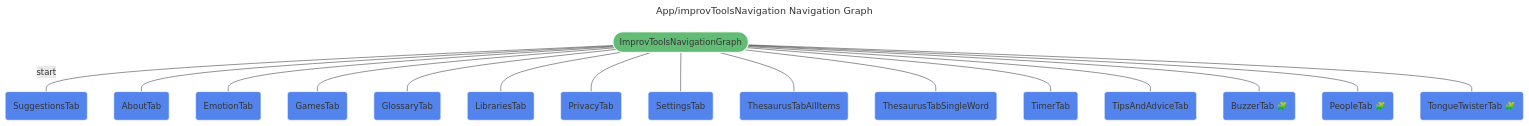
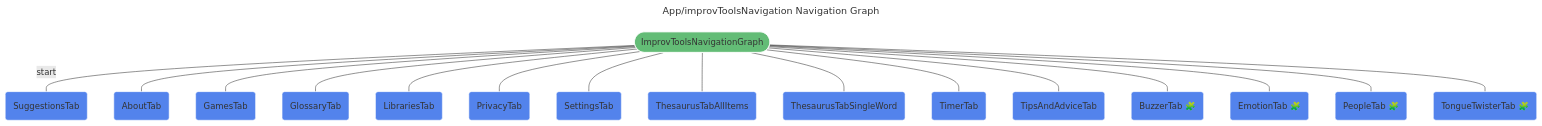
One commit to brokenkernel/improvtools changed the diagram in docs/static/ImprovToolsNavigationNavGraph.mmd. Above: the diagram before and after it, drawn with Mermaid. The commit also changed 8 other files, not shown here.

Commit message:
[build] move EmotionTab into encyclopaedia module

```diff
--- a/docs/static/ImprovToolsNavigationNavGraph.mmd
+++ b/docs/static/ImprovToolsNavigationNavGraph.mmd
@@ -1,26 +1,26 @@
 ---
 title: App/improvToolsNavigation Navigation Graph
 ---
 %%{init: {'theme':'base', 'themeVariables': { 'primaryTextColor': '#fff' }}%%
 graph TD
 app/improv_tools_navigation(["ImprovToolsNavigationGraph"]) -- "start" --- app/suggestions_tab("SuggestionsTab")
 app/improv_tools_navigation(["ImprovToolsNavigationGraph"]) --- app/about_tab("AboutTab")
-app/improv_tools_navigation(["ImprovToolsNavigationGraph"]) --- app/emotion_tab("EmotionTab")
 app/improv_tools_navigation(["ImprovToolsNavigationGraph"]) --- app/games_tab("GamesTab")
 app/improv_tools_navigation(["ImprovToolsNavigationGraph"]) --- app/glossary_tab("GlossaryTab")
 app/improv_tools_navigation(["ImprovToolsNavigationGraph"]) --- app/libraries_tab("LibrariesTab")
 app/improv_tools_navigation(["ImprovToolsNavigationGraph"]) --- app/privacy_tab("PrivacyTab")
 app/improv_tools_navigation(["ImprovToolsNavigationGraph"]) --- app/settings_tab("SettingsTab")
 app/improv_tools_navigation(["ImprovToolsNavigationGraph"]) --- app/thesaurus_tab_all_items("ThesaurusTabAllItems")
 app/improv_tools_navigation(["ImprovToolsNavigationGraph"]) --- app/thesaurus_tab_single_word("ThesaurusTabSingleWord")
 app/improv_tools_navigation(["ImprovToolsNavigationGraph"]) --- app/timer_tab("TimerTab")
 app/improv_tools_navigation(["ImprovToolsNavigationGraph"]) --- app/tips_and_advice_tab("TipsAndAdviceTab")
 app/improv_tools_navigation(["ImprovToolsNavigationGraph"]) --- buzzer_tab_destination("BuzzerTab 🧩")
+app/improv_tools_navigation(["ImprovToolsNavigationGraph"]) --- emotion_tab_destination("EmotionTab 🧩")
 app/improv_tools_navigation(["ImprovToolsNavigationGraph"]) --- people_tab_destination("PeopleTab 🧩")
 app/improv_tools_navigation(["ImprovToolsNavigationGraph"]) --- tongue_twister_tab_destination("TongueTwisterTab 🧩")
 
 
 classDef destination fill:#5383EC,stroke:#ffffff;
-class app/about_tab,app/emotion_tab,app/games_tab,app/glossary_tab,app/libraries_tab,app/privacy_tab,app/settings_tab,app/suggestions_tab,app/thesaurus_tab_all_items,app/thesaurus_tab_single_word,app/timer_tab,app/tips_and_advice_tab,buzzer_tab_destination,people_tab_destination,tongue_twister_tab_destination destination;
+class app/about_tab,app/games_tab,app/glossary_tab,app/libraries_tab,app/privacy_tab,app/settings_tab,app/suggestions_tab,app/thesaurus_tab_all_items,app/thesaurus_tab_single_word,app/timer_tab,app/tips_and_advice_tab,buzzer_tab_destination,emotion_tab_destination,people_tab_destination,tongue_twister_tab_destination destination;
 classDef navgraph fill:#63BC76,stroke:#ffffff;
 class app/improv_tools_navigation navgraph;
```
